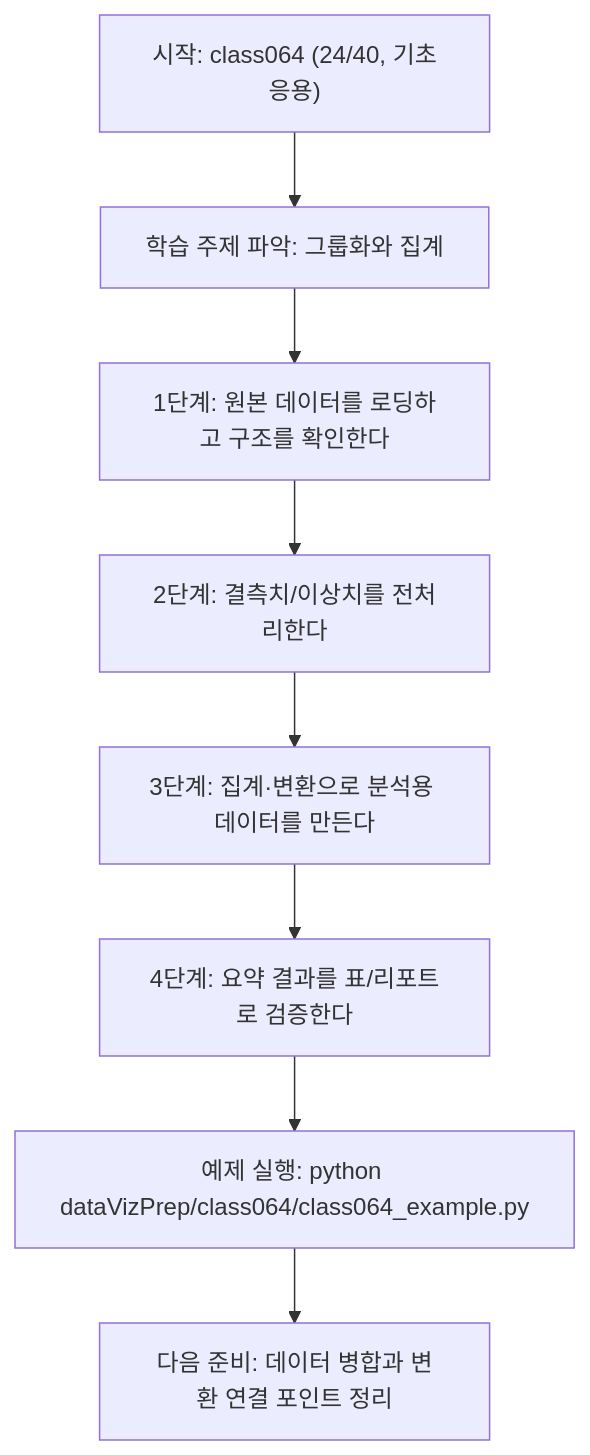
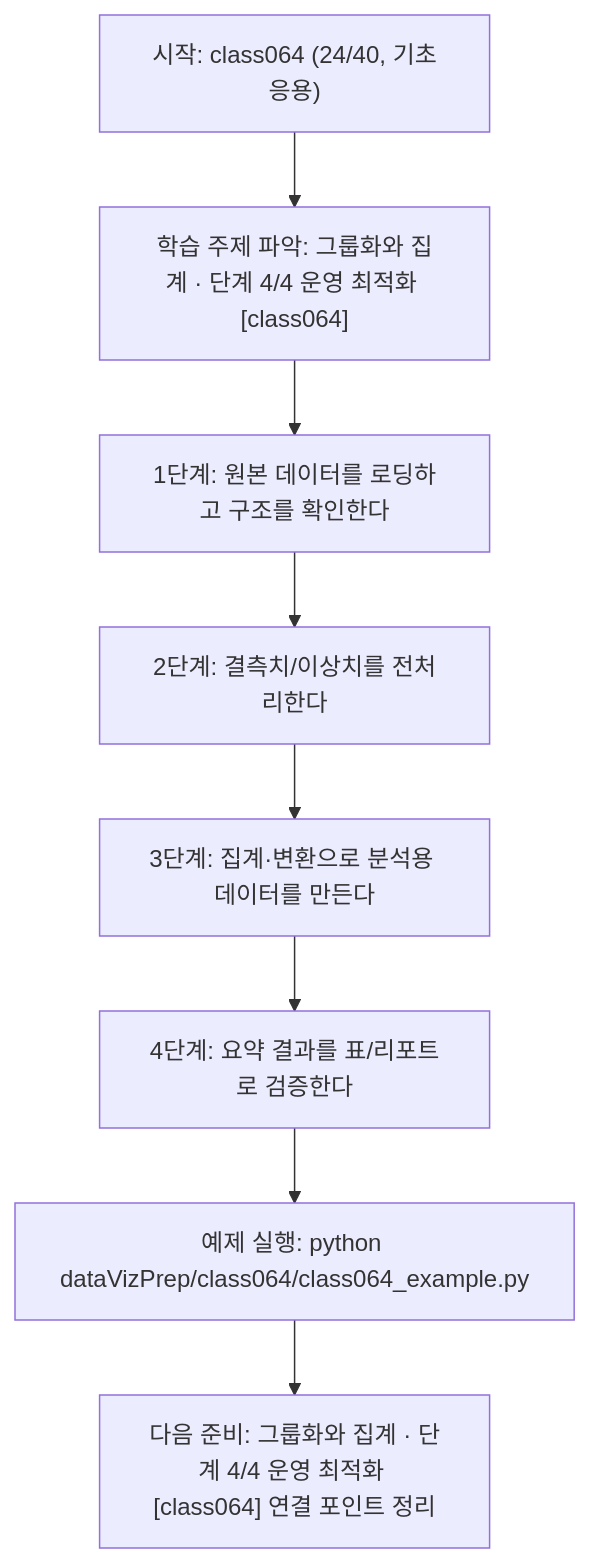
The diagram in dataVizPrep/class064/class064.md (edumgt/Python-AI_Agent-Class), drawn with Mermaid before and after one commit. The commit also changed other lines of this file and 522 other files, not shown here.

````diff
--- a/dataVizPrep/class064/class064.md
+++ b/dataVizPrep/class064/class064.md
@@ -109,18 +110,18 @@
 ```mermaid
 flowchart TD
 N1["시작: class064 (24/40, 기초응용)"]
-N2["학습 주제 파악: 그룹화와 집계"]
+N2["학습 주제 파악: 그룹화와 집계 · 단계 4/4 운영 최적화 [class064]"]
 N3["1단계: 원본 데이터를 로딩하고 구조를 확인한다"]
 N4["2단계: 결측치/이상치를 전처리한다"]
 N5["3단계: 집계·변환으로 분석용 데이터를 만든다"]
 N6["4단계: 요약 결과를 표/리포트로 검증한다"]
 N7["예제 실행: python dataVizPrep/class064/class064_example.py"]
-N8["다음 준비: 데이터 병합과 변환 연결 포인트 정리"]
+N8["다음 준비: 그룹화와 집계 · 단계 4/4 운영 최적화 [class064] 연결 포인트 정리"]
 N1 --> N2
 N2 --> N3
 N3 --> N4
 N4 --> N5
 N5 --> N6
 N6 --> N7
 N7 --> N8
 ```
````
